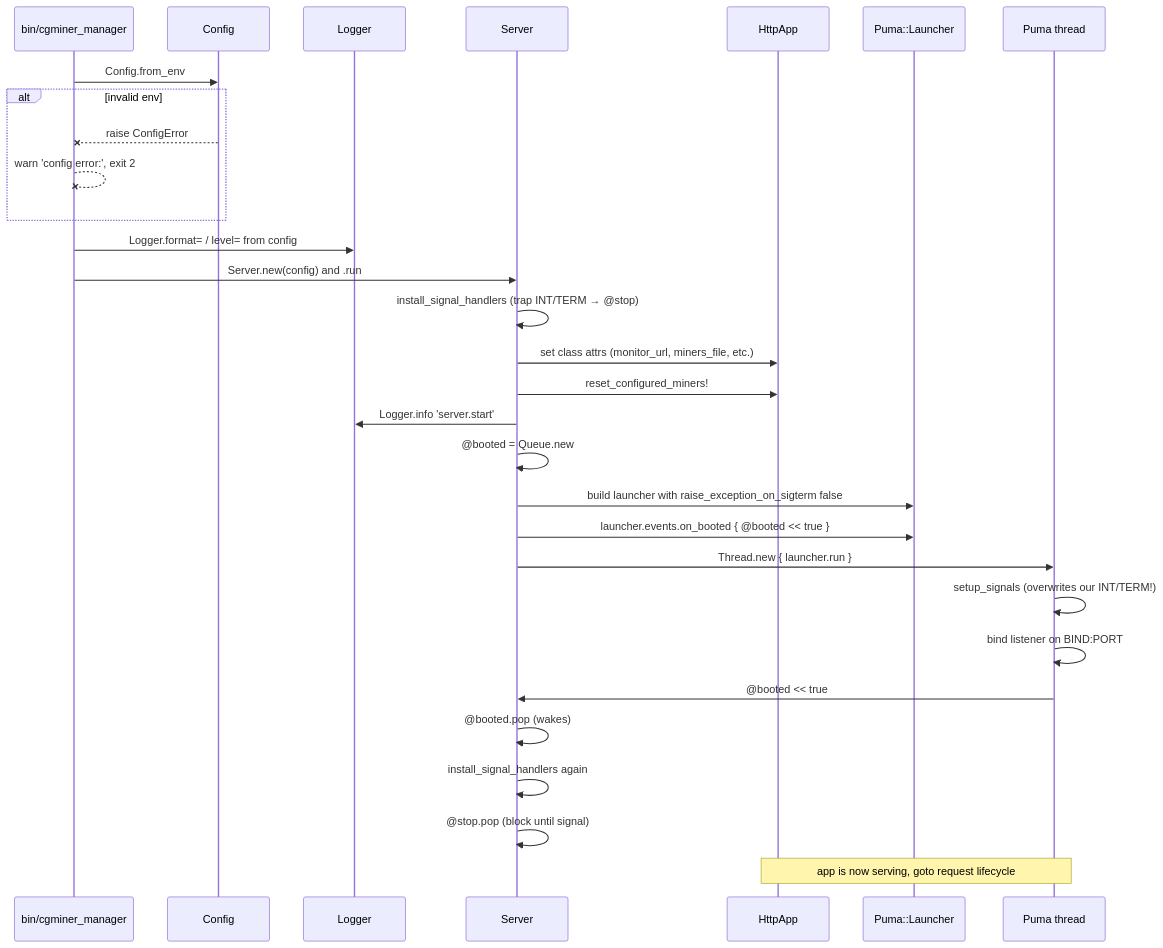
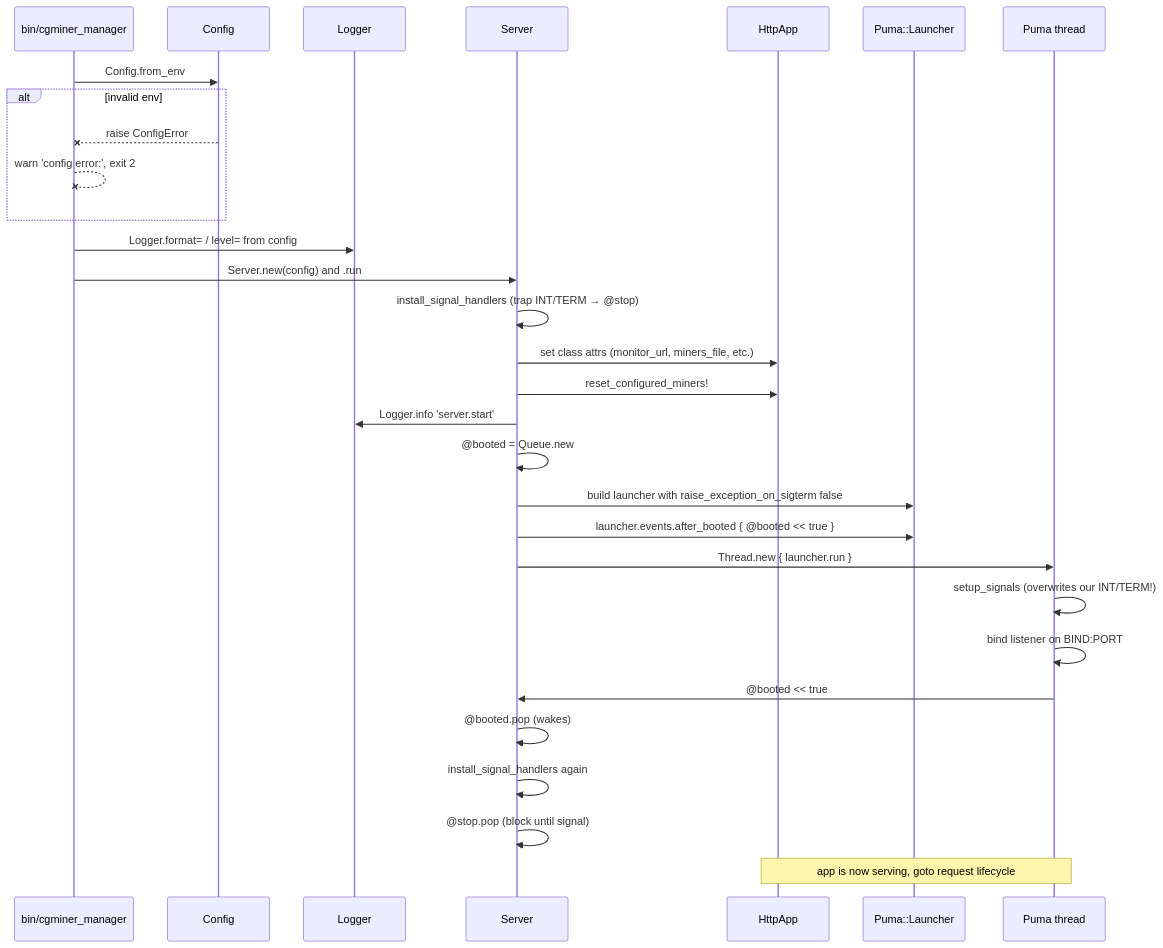
The first of 6 diagrams in docs/workflows.md (jramos/cgminer_manager), drawn with Mermaid before and after one commit. The commit also changed 9 other files, not shown here.

````diff
--- a/docs/workflows.md
+++ b/docs/workflows.md
@@ -7,36 +7,36 @@
 ```mermaid
 sequenceDiagram
     participant CLI as bin/cgminer_manager
     participant Config
     participant Logger
     participant Server
     participant HttpApp
     participant Puma as Puma::Launcher
     participant PumaT as Puma thread
 
     CLI->>Config: Config.from_env
     alt invalid env
         Config--xCLI: raise ConfigError
         CLI--xCLI: warn 'config error:', exit 2
     end
     CLI->>Logger: Logger.format= / level= from config
     CLI->>Server: Server.new(config) and .run
 
     Server->>Server: install_signal_handlers (trap INT/TERM → @stop)
     Server->>HttpApp: set class attrs (monitor_url, miners_file, etc.)
     Server->>HttpApp: reset_configured_miners!
     Server->>Logger: Logger.info 'server.start'
 
     Server->>Server: @booted = Queue.new
     Server->>Puma: build launcher with raise_exception_on_sigterm false
-    Server->>Puma: launcher.events.on_booted { @booted << true }
+    Server->>Puma: launcher.events.after_booted { @booted << true }
     Server->>PumaT: Thread.new { launcher.run }
     PumaT->>PumaT: setup_signals (overwrites our INT/TERM!)
     PumaT->>PumaT: bind listener on BIND:PORT
     PumaT->>Server: @booted << true
     Server->>Server: @booted.pop (wakes)
     Server->>Server: install_signal_handlers again
     Server->>Server: @stop.pop (block until signal)
 
     Note over HttpApp,PumaT: app is now serving, goto request lifecycle
 ```
````
